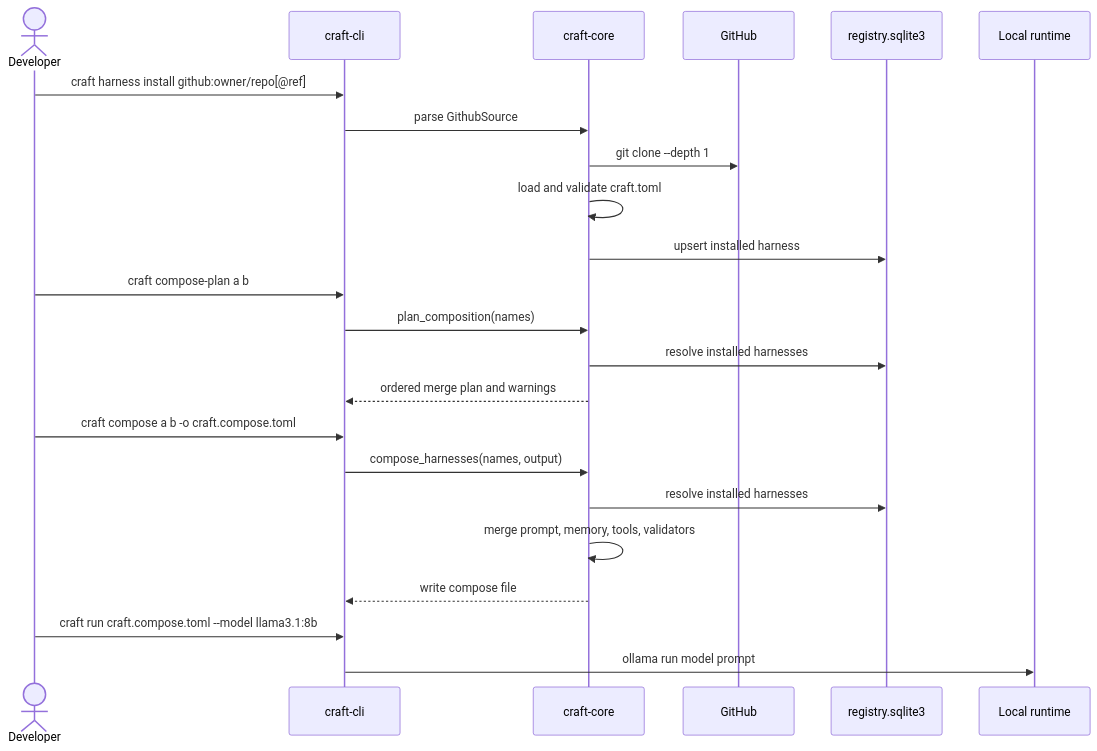
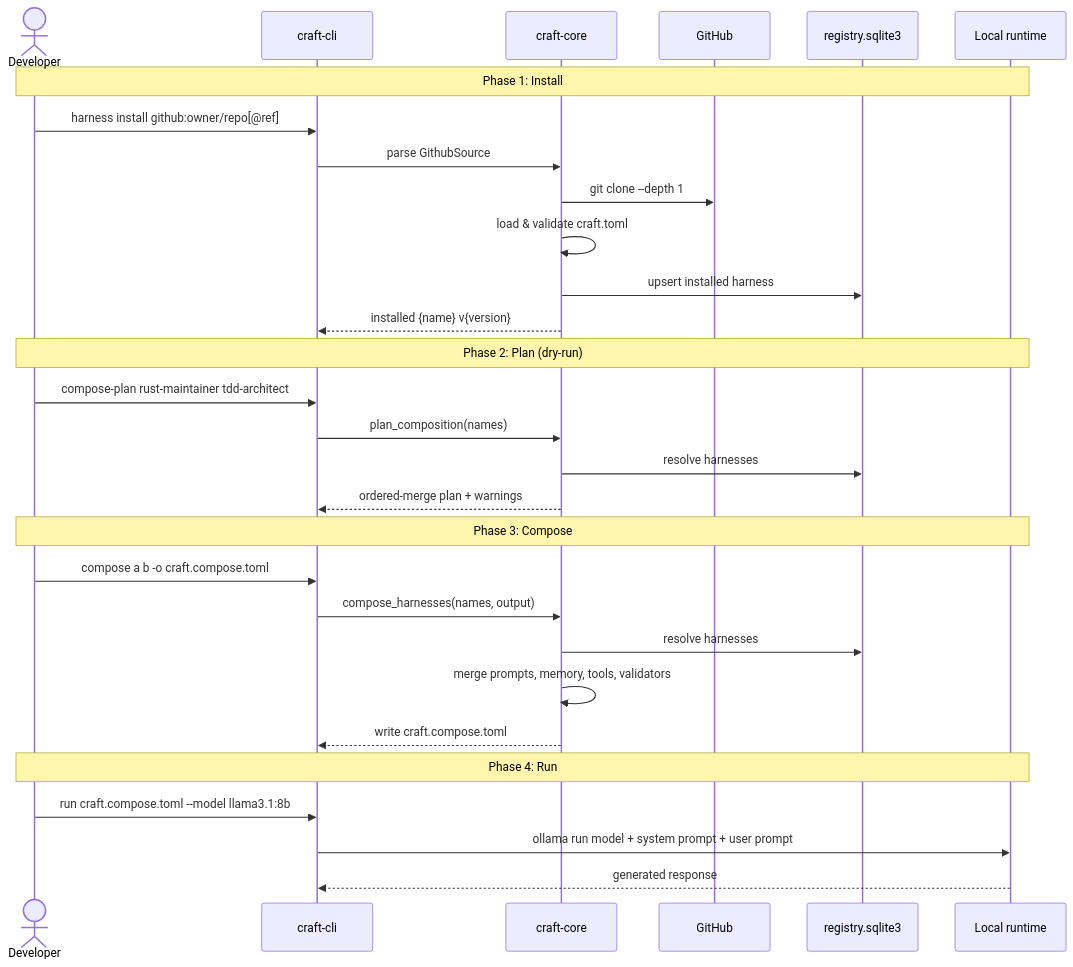
The third of 5 diagrams in docs/ARCHITECTURE.md (Rosavera-I/craft-core), drawn with Mermaid before and after one commit. The commit also changed other lines of this file, not shown here.

First line of the commit message:
docs: dramatically enhance ARCHITECTURE.md with diagrams

````diff
--- a/docs/ARCHITECTURE.md
+++ b/docs/ARCHITECTURE.md
@@ -43,26 +99,35 @@
 ```mermaid
 sequenceDiagram
     actor Dev as Developer
     participant CLI as craft-cli
     participant Core as craft-core
     participant Git as GitHub
     participant Reg as registry.sqlite3
     participant Runtime as Local runtime
 
-    Dev->>CLI: craft harness install github:owner/repo[@ref]
+    Note over Dev,Runtime: Phase 1: Install
+    Dev->>CLI: harness install github:owner/repo[@ref]
     CLI->>Core: parse GithubSource
     Core->>Git: git clone --depth 1
-    Core->>Core: load and validate craft.toml
+    Core->>Core: load & validate craft.toml
     Core->>Reg: upsert installed harness
-    Dev->>CLI: craft compose-plan a b
+    Core-->>CLI: installed {name} v{version}
+    
+    Note over Dev,Runtime: Phase 2: Plan (dry-run)
+    Dev->>CLI: compose-plan rust-maintainer tdd-architect
     CLI->>Core: plan_composition(names)
-    Core->>Reg: resolve installed harnesses
-    Core-->>CLI: ordered merge plan and warnings
-    Dev->>CLI: craft compose a b -o craft.compose.toml
+    Core->>Reg: resolve harnesses
+    Core-->>CLI: ordered-merge plan + warnings
+    
+    Note over Dev,Runtime: Phase 3: Compose
+    Dev->>CLI: compose a b -o craft.compose.toml
     CLI->>Core: compose_harnesses(names, output)
-    Core->>Reg: resolve installed harnesses
-    Core->>Core: merge prompt, memory, tools, validators
-    Core-->>CLI: write compose file
-    Dev->>CLI: craft run craft.compose.toml --model llama3.1:8b
-    CLI->>Runtime: ollama run model prompt
+    Core->>Reg: resolve harnesses
+    Core->>Core: merge prompts, memory, tools, validators
+    Core-->>CLI: write craft.compose.toml
+    
+    Note over Dev,Runtime: Phase 4: Run
+    Dev->>CLI: run craft.compose.toml --model llama3.1:8b
+    CLI->>Runtime: ollama run model + system prompt + user prompt
+    Runtime-->>CLI: generated response
 ```
````
